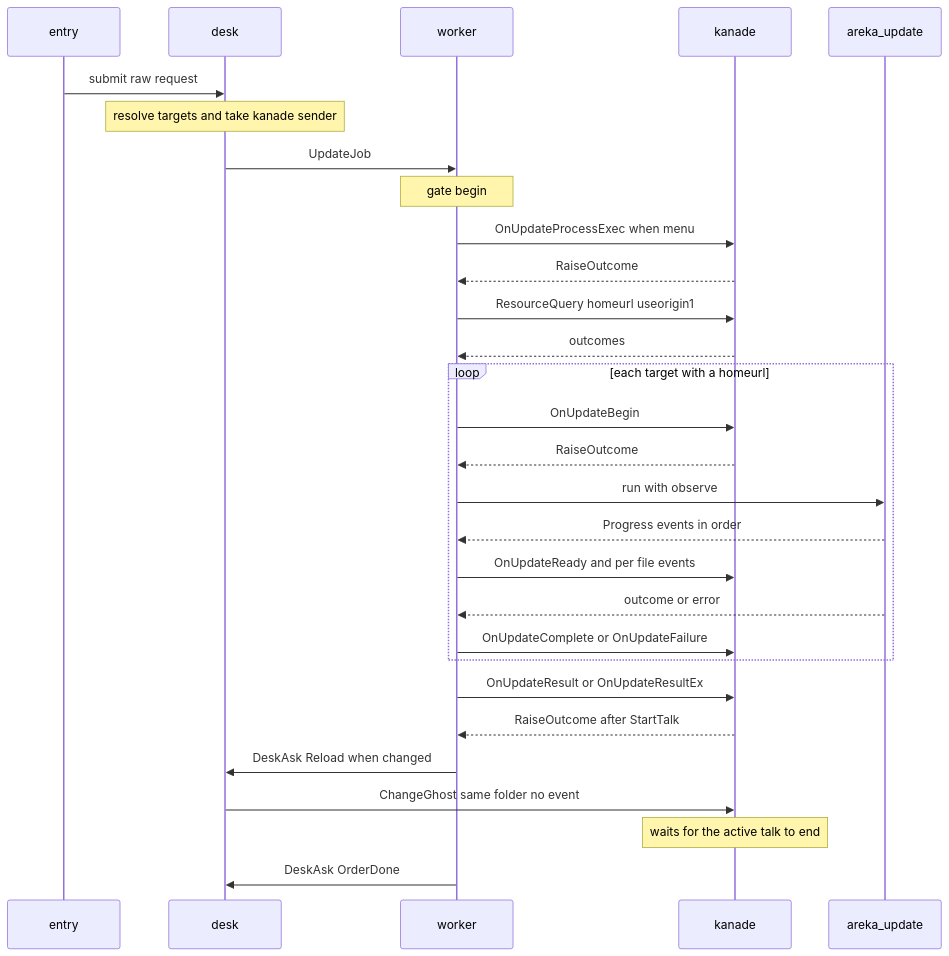
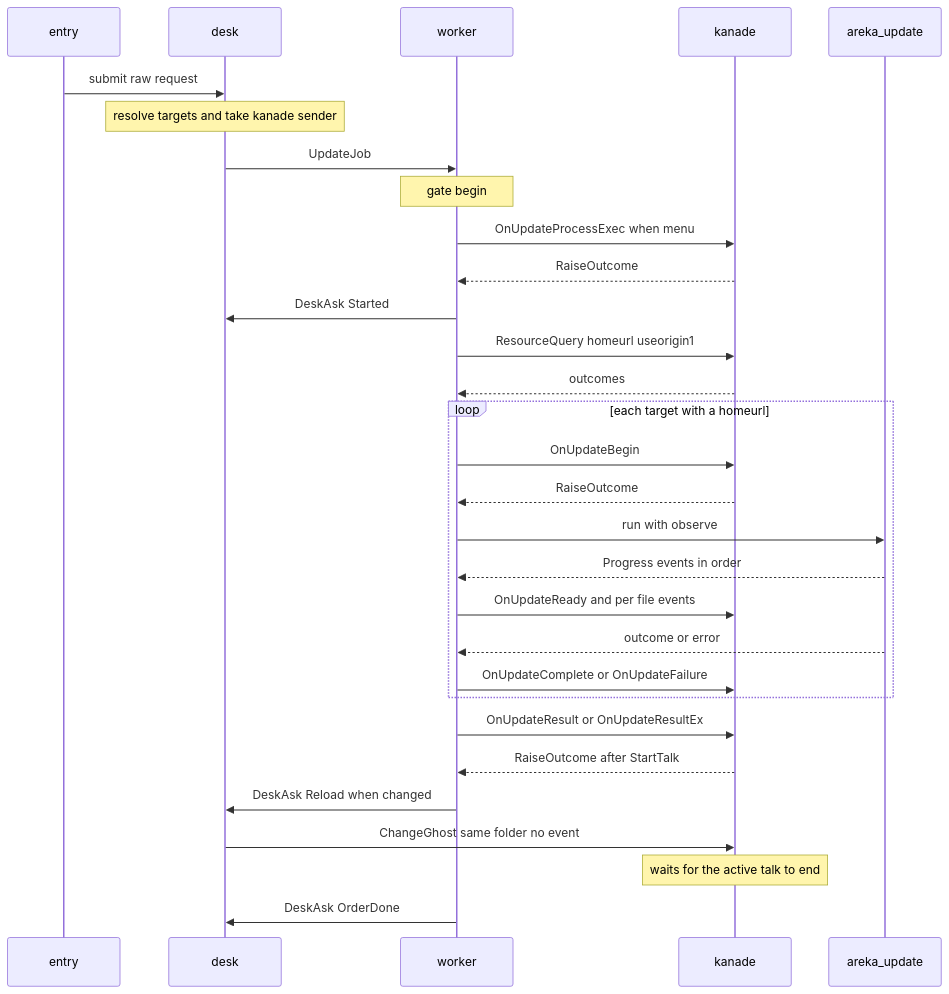
The second of 3 diagrams in .kiro/specs/areka-P0-network-update/design.md (ekicyou/areka), drawn with Mermaid before and after one commit. The commit also changed other lines of this file and 1 other file, not shown here.

````diff
--- a/.kiro/specs/areka-P0-network-update/design.md
+++ b/.kiro/specs/areka-P0-network-update/design.md
@@ -235,31 +239,32 @@
 ```mermaid
 sequenceDiagram
     participant E as entry
     participant D as desk
     participant W as worker
     participant K as kanade
     participant U as areka_update
     E->>D: submit raw request
     Note over D: resolve targets and take kanade sender
     D->>W: UpdateJob
     Note over W: gate begin
     W->>K: OnUpdateProcessExec when menu
     K-->>W: RaiseOutcome
+    W->>D: DeskAsk Started
     W->>K: ResourceQuery homeurl useorigin1
     K-->>W: outcomes
     loop each target with a homeurl
         W->>K: OnUpdateBegin
         K-->>W: RaiseOutcome
         W->>U: run with observe
         U-->>W: Progress events in order
         W->>K: OnUpdateReady and per file events
         U-->>W: outcome or error
         W->>K: OnUpdateComplete or OnUpdateFailure
     end
     W->>K: OnUpdateResult or OnUpdateResultEx
     K-->>W: RaiseOutcome after StartTalk
     W->>D: DeskAsk Reload when changed
     D->>K: ChangeGhost same folder no event
     Note over K: waits for the active talk to end
     W->>D: DeskAsk OrderDone
 ```
````
